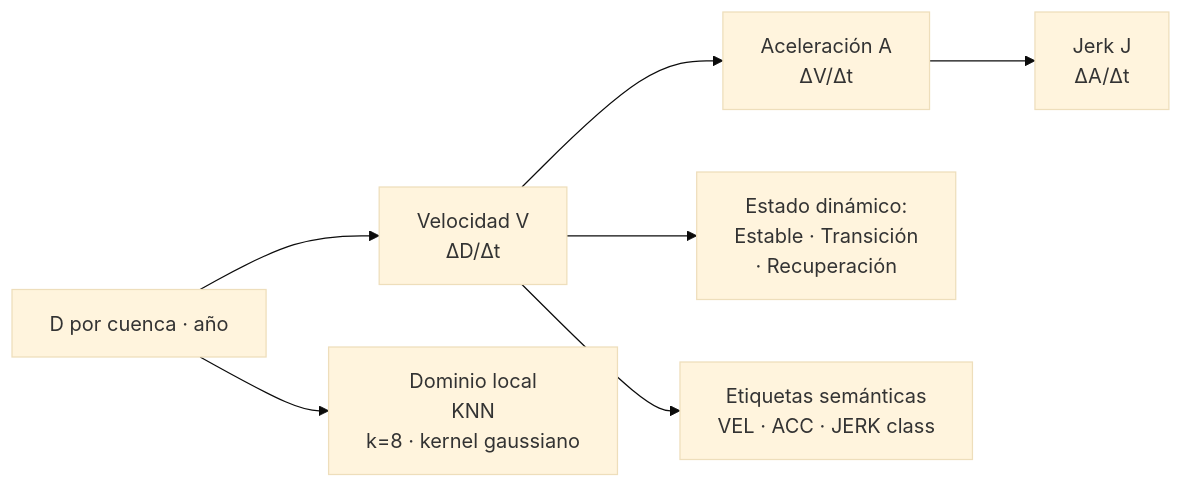
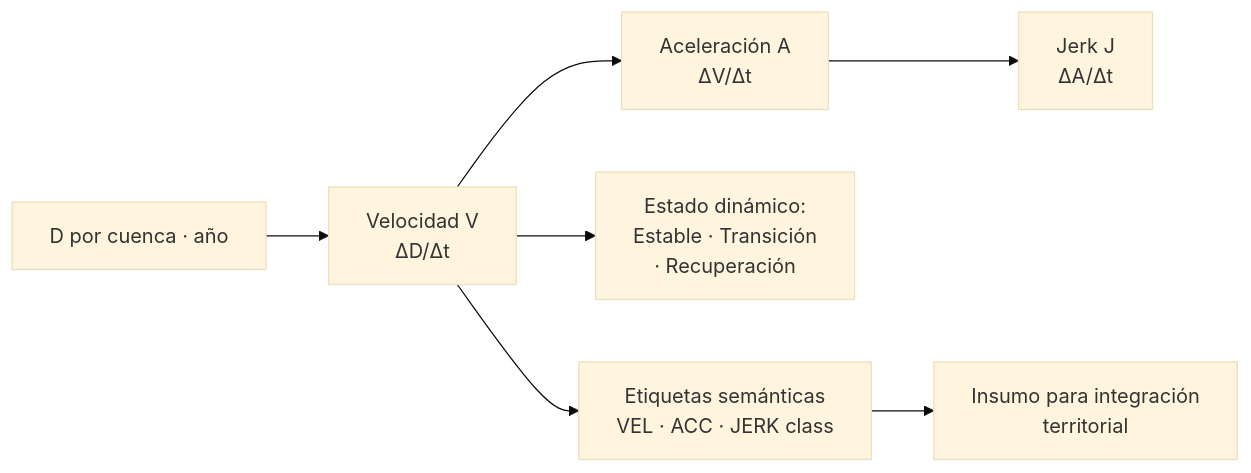
Before and after one commit to CIT-UAI/Book-MRCT: the diagram in trayectoria.qmd, drawn with Mermaid (base theme). The commit also changed other lines of this file and 11 other files, not shown here.

````diff
--- a/trayectoria.qmd
+++ b/trayectoria.qmd
@@ -94,9 +86,9 @@
 ```{mermaid}
 flowchart LR
     A[D por cuenca · año] --> B[Velocidad V<br/>ΔD/Δt]
     B --> C[Aceleración A<br/>ΔV/Δt]
     C --> E[Jerk J<br/>ΔA/Δt]
     B --> F[Estado dinámico: <br/>Estable · Transición <br/>· Recuperación]
     B --> G[Etiquetas semánticas<br/>VEL · ACC · JERK class]
-    A --> H[Dominio local<br/>KNN <br/>k=8 · kernel gaussiano]
+    G --> H[Insumo para integración<br/>territorial]
 ```
````
